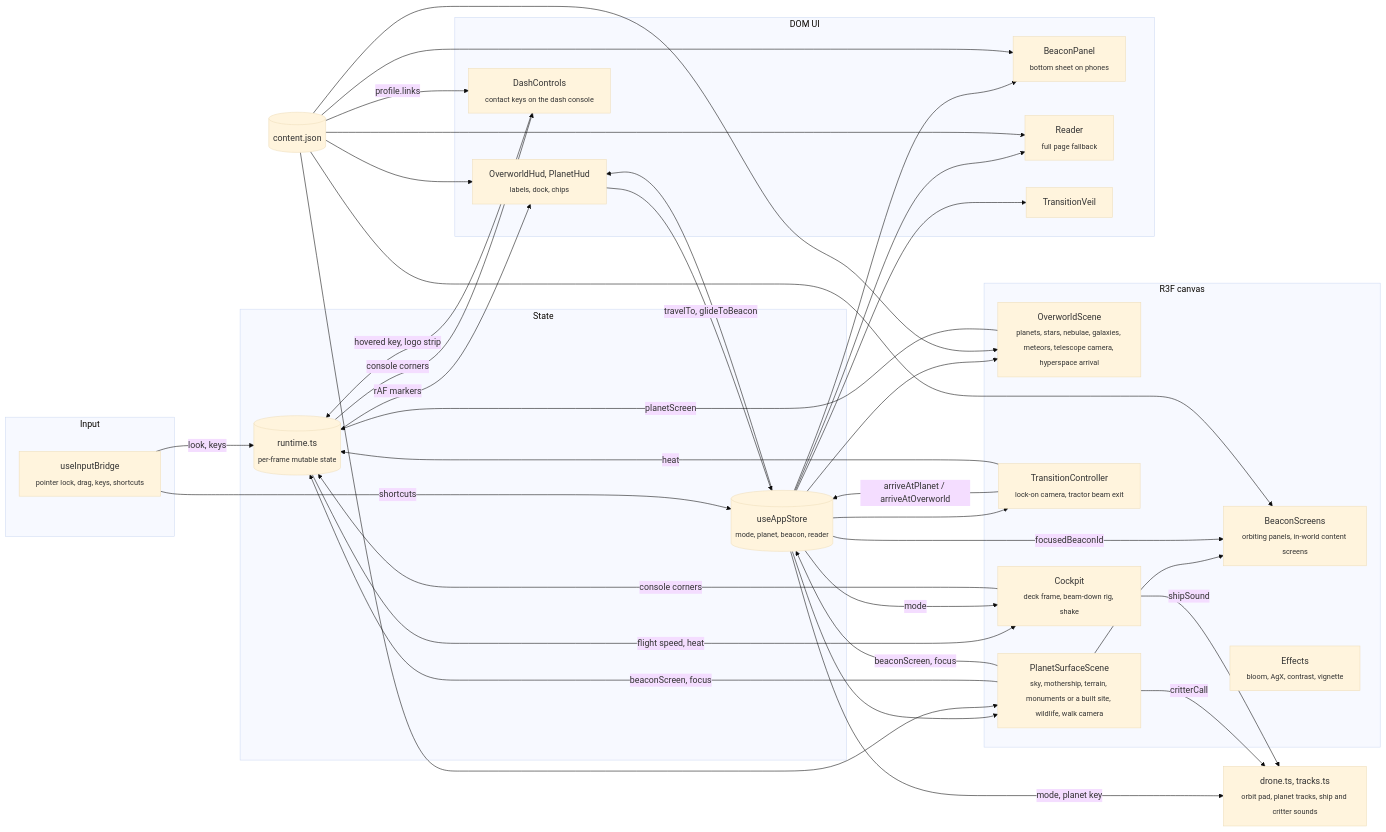
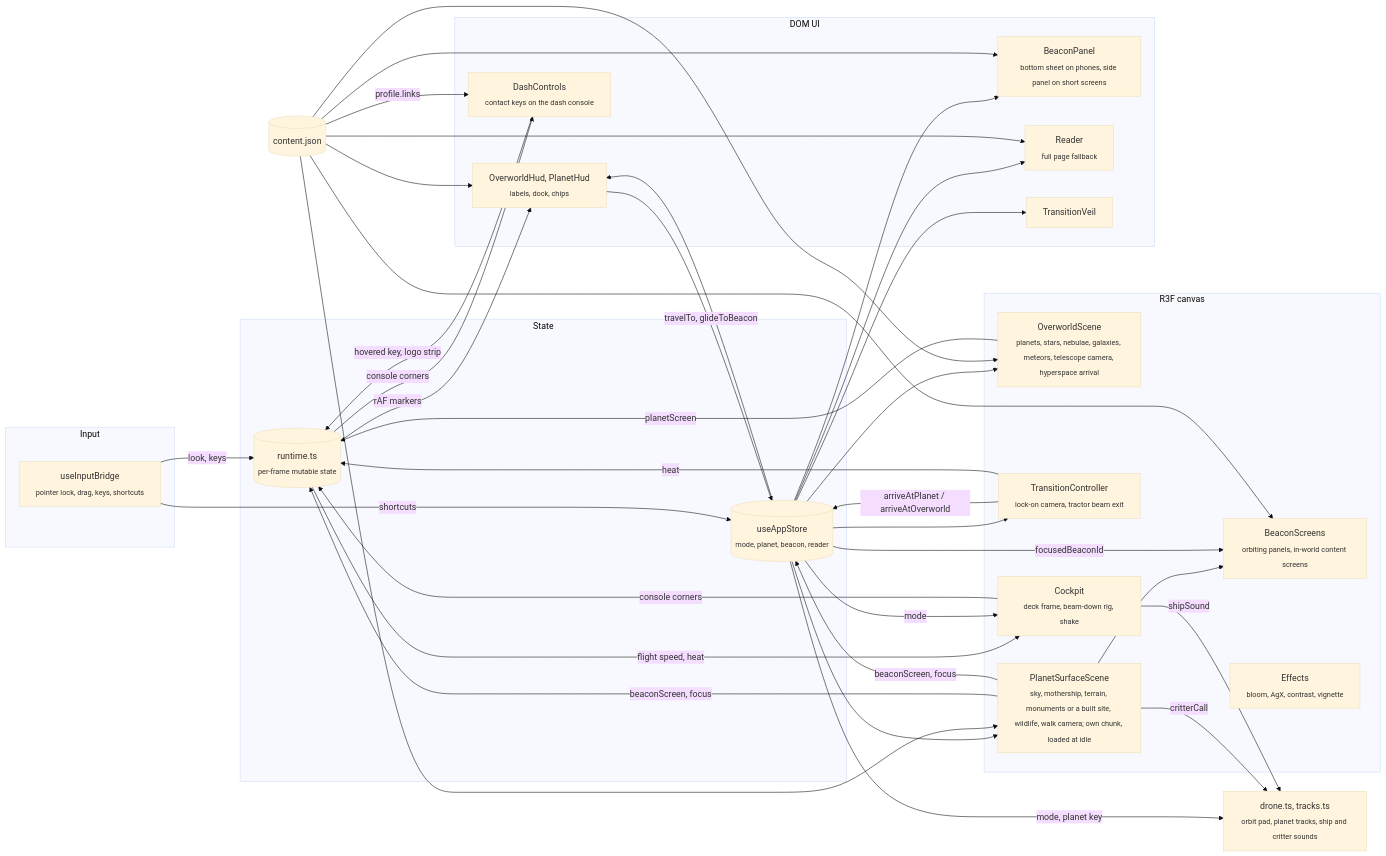
Before and after one commit to teddycitrus/portfolio: the first of 2 diagrams in README.md, drawn with Mermaid (base theme). The commit also changed other lines of this file and 20 other files, not shown here.

Commit message:
added short-screen panel and dock, lazy planet chunk, frame loop fixes

````diff
--- a/README.md
+++ b/README.md
@@ -19,49 +19,49 @@
 ```mermaid
 flowchart LR
   subgraph Input
     bridge["useInputBridge<br/><sub>pointer lock, drag, keys, shortcuts</sub>"]
   end
   subgraph State
     store[("useAppStore<br/><sub>mode, planet, beacon, reader</sub>")]
     runtime[("runtime.ts<br/><sub>per-frame mutable state</sub>")]
   end
   subgraph Canvas["R3F canvas"]
     overworld["OverworldScene<br/><sub>planets, stars, nebulae, galaxies, meteors, telescope camera, hyperspace arrival</sub>"]
-    surface["PlanetSurfaceScene<br/><sub>sky, mothership, terrain, monuments or a built site, wildlife, walk camera</sub>"]
+    surface["PlanetSurfaceScene<br/><sub>sky, mothership, terrain, monuments or a built site, wildlife, walk camera; own chunk, loaded at idle</sub>"]
     screens["BeaconScreens<br/><sub>orbiting panels, in-world content screens</sub>"]
     transition["TransitionController<br/><sub>lock-on camera, tractor beam exit</sub>"]
     ship["Cockpit<br/><sub>deck frame, beam-down rig, shake</sub>"]
     fx["Effects<br/><sub>bloom, AgX, contrast, vignette</sub>"]
   end
   subgraph DOM["DOM UI"]
     hud["OverworldHud, PlanetHud<br/><sub>labels, dock, chips</sub>"]
     contact["DashControls<br/><sub>contact keys on the dash console</sub>"]
-    panel["BeaconPanel<br/><sub>bottom sheet on phones</sub>"]
+    panel["BeaconPanel<br/><sub>bottom sheet on phones, side panel on short screens</sub>"]
     reader["Reader<br/><sub>full page fallback</sub>"]
     veil["TransitionVeil"]
   end
   content[("content.json")]
   drone["drone.ts, tracks.ts<br/><sub>orbit pad, planet tracks, ship and critter sounds</sub>"]
 
   bridge -->|"look, keys"| runtime
   bridge -->|"shortcuts"| store
   store --> overworld & surface & transition & hud & panel & reader & veil
   overworld -->|"planetScreen"| runtime
   surface -->|"beaconScreen, focus"| runtime & store
   runtime -->|"rAF markers"| hud
   surface --> screens
   surface -->|"critterCall"| drone
   store -->|"focusedBeaconId"| screens
   store -->|"mode, planet key"| drone
   content --> overworld & surface & hud & panel & reader & screens
   hud -->|"travelTo, glideToBeacon"| store
   transition -->|"arriveAtPlanet / arriveAtOverworld"| store
   transition -->|"heat"| runtime
   runtime -->|"flight speed, heat"| ship
   store -->|"mode"| ship
   ship -->|"shipSound"| drone
   ship -->|"console corners"| runtime
   runtime -->|"console corners"| contact
   contact -->|"hovered key, logo strip"| runtime
   content -->|"profile.links"| contact
 ```
````
